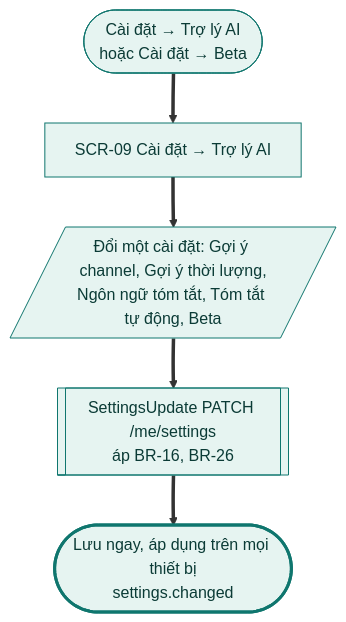
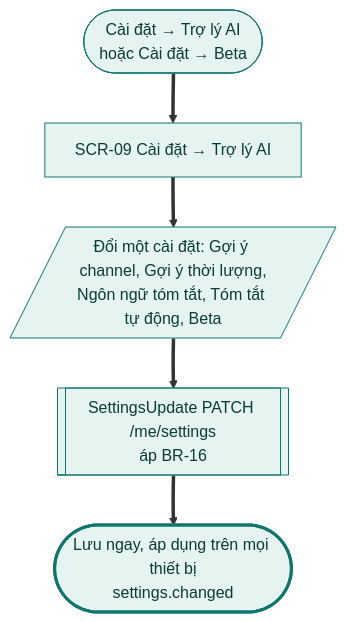
Before and after one commit to tannguyenho/personal-app: diagram 17 of 28 in docs/design-brief/flow/g10-tro-ly-ai.md, drawn with Mermaid. The commit also changed other lines of this file and 17 other files, not shown here.

````diff
--- a/docs/design-brief/flow/g10-tro-ly-ai.md
+++ b/docs/design-brief/flow/g10-tro-ly-ai.md
@@ -807,22 +807,22 @@
 ```mermaid
 flowchart TD
   start(["Cài đặt → Trợ lý AI<br/>hoặc Cài đặt → Beta"])
   s1["SCR-09 Cài đặt → Trợ lý AI"]
   u1[/"Đổi một cài đặt: Gợi ý channel, Gợi ý thời lượng,<br/>Ngôn ngữ tóm tắt, Tóm tắt tự động, Beta"/]
-  p1[["SettingsUpdate PATCH /me/settings<br/>áp BR-16, BR-26"]]
+  p1[["SettingsUpdate PATCH /me/settings<br/>áp BR-16"]]
   ok(["Lưu ngay, áp dụng trên mọi thiết bị<br/>settings.changed"])
 
   start ==> s1 ==> u1 ==> p1 ==> ok
 
   class start,s1,u1,p1 happy
   class ok done
   classDef happy fill:#E6F4F1,stroke:#0F766E,color:#0B3B36
   classDef alt fill:#F1F3F5,stroke:#6B7280,color:#1F2937
   classDef err fill:#FDECEC,stroke:#B42318,color:#5C1010
   classDef warn fill:#FEF4E2,stroke:#B45309,color:#4A2604
   classDef ai fill:#F1ECFD,stroke:#6D28D9,color:#2E1065
   classDef sync fill:#FFFFFF,stroke:#6B7280,stroke-dasharray:4 3,color:#1F2937
   classDef link fill:#FFFFFF,stroke:#0F766E,stroke-dasharray:4 3,color:#0B3B36
   classDef done fill:#E6F4F1,stroke:#0F766E,stroke-width:3px,color:#0B3B36
   classDef fail fill:#FDECEC,stroke:#B42318,stroke-width:3px,color:#5C1010
 ```
````
